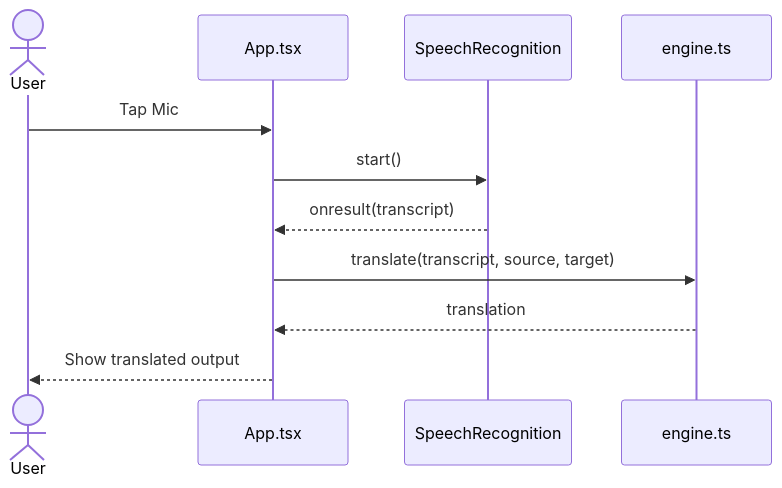
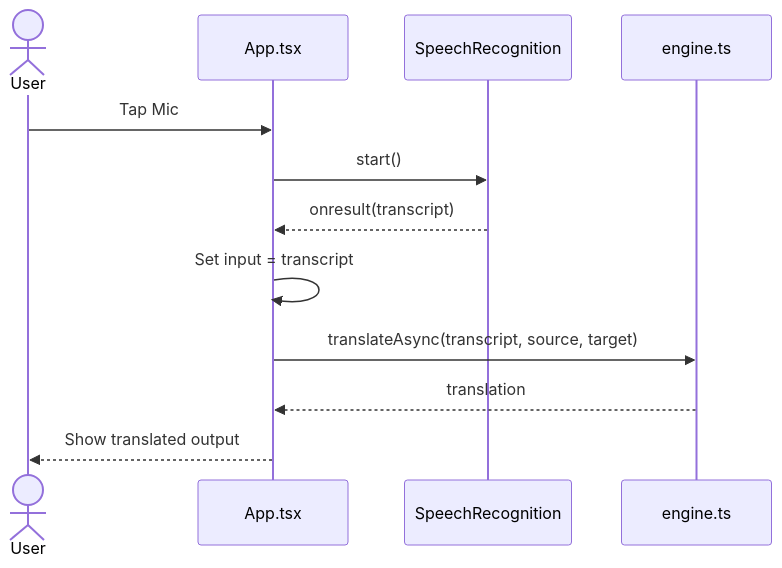
Before and after one commit to 4xrhd/keya_swe_project: the second of 3 diagrams in documentation/5.Sequence_Diagrams.md, drawn with Mermaid. The commit also changed other lines of this file and 8 other files, not shown here.

````diff
--- a/documentation/5.Sequence_Diagrams.md
+++ b/documentation/5.Sequence_Diagrams.md
@@ -32,14 +53,15 @@
 ```mermaid
 sequenceDiagram
     actor User
     participant App as App.tsx
     participant SR as SpeechRecognition
     participant Engine as engine.ts
 
     User->>App: Tap Mic
     App->>SR: start()
     SR-->>App: onresult(transcript)
-    App->>Engine: translate(transcript, source, target)
+    App->>App: Set input = transcript
+    App->>Engine: translateAsync(transcript, source, target)
     Engine-->>App: translation
     App-->>User: Show translated output
 ```
````
